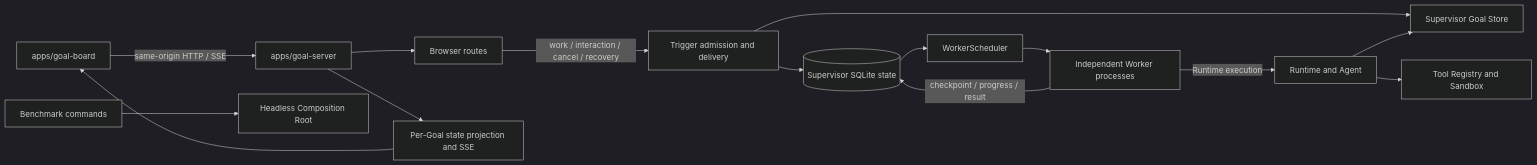
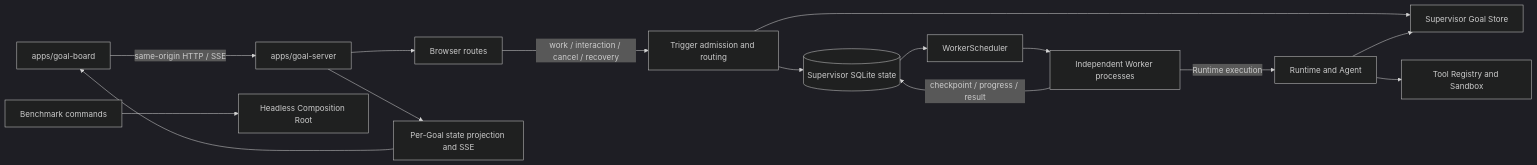
One commit to ccasJay/LazyGoal changed the diagram in apps/goal-server/notes/overview.md. Above: the diagram before and after it, drawn with Mermaid (dark theme). The commit also changed other lines of this file and 59 other files, not shown here.

````diff
--- a/apps/goal-server/notes/overview.md
+++ b/apps/goal-server/notes/overview.md
@@ -42,17 +42,17 @@
 ```mermaid
 flowchart LR
     WB[apps/goal-board] -->|same-origin HTTP / SSE| WS[apps/goal-server]
     WS --> BR[Browser routes]
-    BR -->|work / interaction / cancel / recovery| AD[Trigger admission and delivery]
+    BR -->|work / interaction / cancel / recovery| AD[Trigger admission and routing]
     AD --> DB[(Supervisor SQLite state)]
     AD --> GOAL[Supervisor Goal Store]
     DB --> SCH[WorkerScheduler]
     SCH --> WP[Independent Worker processes]
     WP -->|checkpoint / progress / result| DB
     WP -->|Runtime execution| RT[Runtime and Agent]
     RT --> GOAL
     RT --> TOOLS[Tool Registry and Sandbox]
     WS --> SSE[Per-Goal state projection and SSE]
     SSE --> WB
     BM[Benchmark commands] --> HR[Headless Composition Root]
 ```
````
